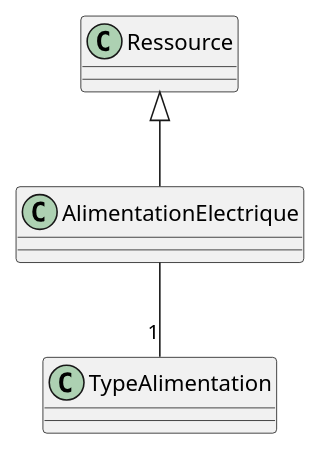
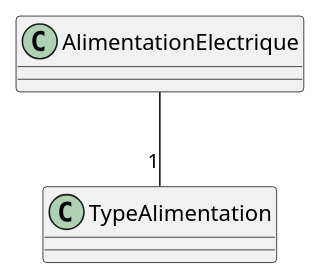
The diagram in alimentationElectrique.iuml (beerfactory/brewbox-uml), drawn with PlantUML before and after one commit. The commit also changed 11 other files, not shown here.

```diff
--- a/alimentationElectrique.iuml
+++ b/alimentationElectrique.iuml
@@ -1,6 +1,5 @@
 class AlimentationElectrique {
 	
 }
 
-Ressource <|-- AlimentationElectrique
 AlimentationElectrique -- "1" TypeAlimentation
```
